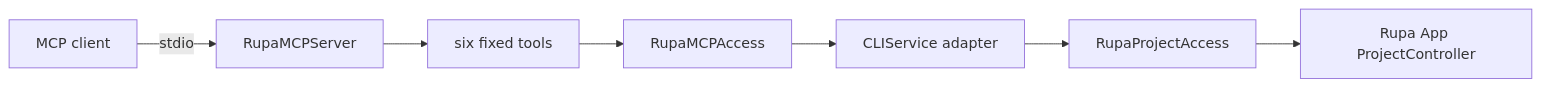
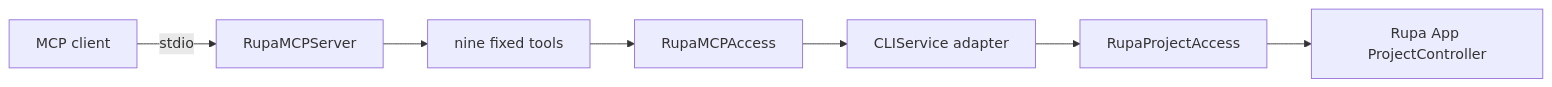
The first of 2 diagrams in RupaKit/Sources/RupaMCP/DESIGN.md (1amageek/Rupa), drawn with Mermaid before and after one commit. The commit also changed other lines of this file and 102 other files, not shown here.

````diff
--- a/RupaKit/Sources/RupaMCP/DESIGN.md
+++ b/RupaKit/Sources/RupaMCP/DESIGN.md
@@ -27,9 +27,9 @@
 ```mermaid
 flowchart LR
     Client["MCP client"] -->|stdio| Server["RupaMCPServer"]
-    Server --> Tools["six fixed tools"]
+    Server --> Tools["nine fixed tools"]
     Tools --> Port["RupaMCPAccess"]
     Port --> CLI["CLIService adapter"]
     CLI --> Access["RupaProjectAccess"]
     Access --> App["Rupa App ProjectController"]
 ```
````
